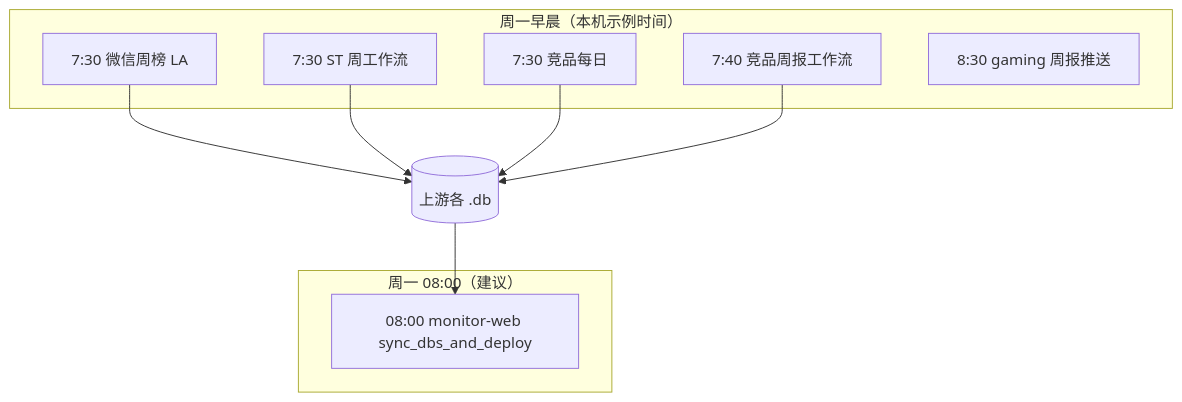
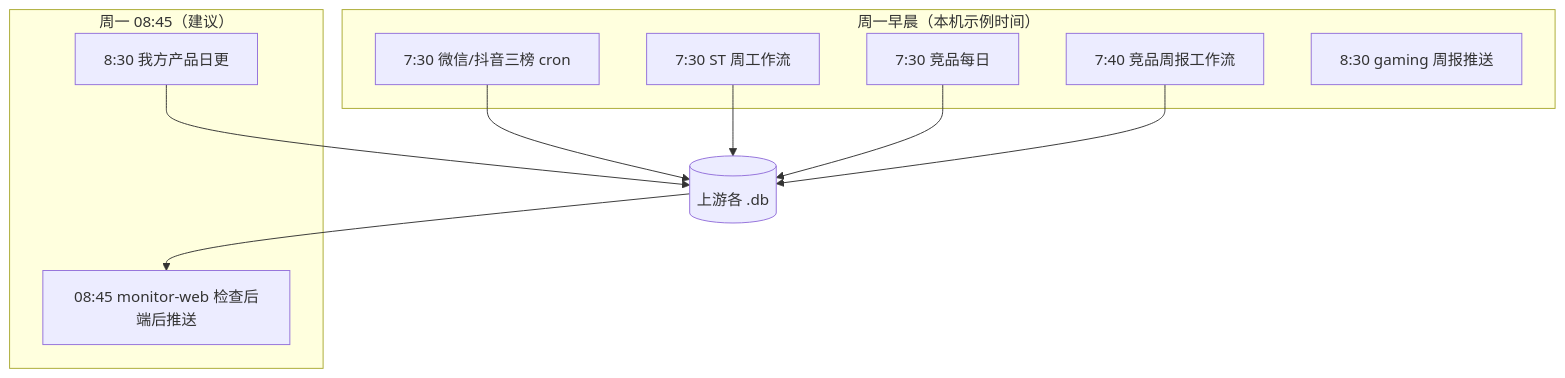
Before and after one commit to Olivr-HZK/monitor-web: the diagram in docs/定时任务说明.md, drawn with Mermaid. The commit also changed other lines of this file and 52 other files, not shown here.

````diff
--- a/docs/定时任务说明.md
+++ b/docs/定时任务说明.md
@@ -89,20 +91,22 @@
 ```mermaid
 flowchart TB
   subgraph 周一早晨["周一早晨（本机示例时间）"]
-    W730[7:30 微信周榜 LA]
+    W730[7:30 微信/抖音三榜 cron]
     ST730[7:30 ST 周工作流]
     C730[7:30 竞品每日]
     C740[7:40 竞品周报工作流]
     G830[8:30 gaming 周报推送]
   end
 
-  subgraph 周一上午8["周一 08:00（建议）"]
-    MW800[08:00 monitor-web sync_dbs_and_deploy]
+  subgraph 周一上午8["周一 08:45（建议）"]
+    U830[8:30 我方产品日更]
+    MW845[08:45 monitor-web 检查后端后推送]
   end
 
   W730 --> DB[(上游各 .db)]
   ST730 --> DB
   C730 --> DB
   C740 --> DB
-  DB --> MW800
+  U830 --> DB
+  DB --> MW845
 ```
````
